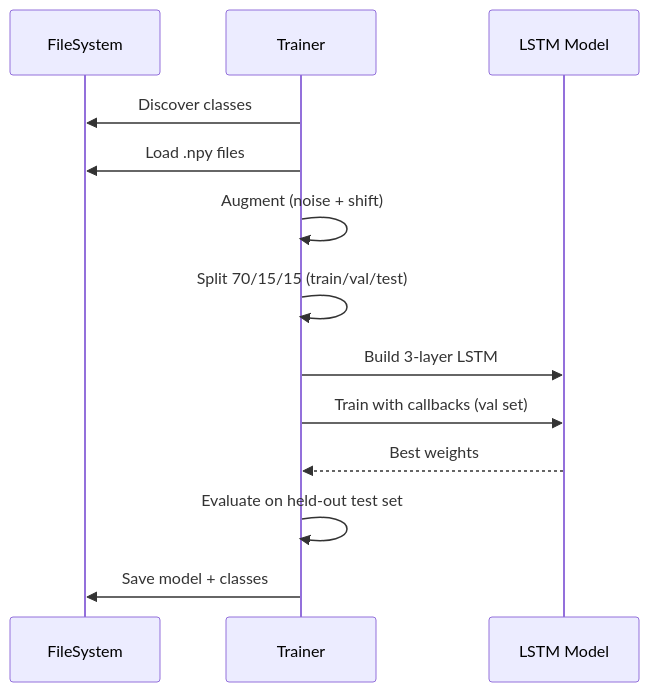
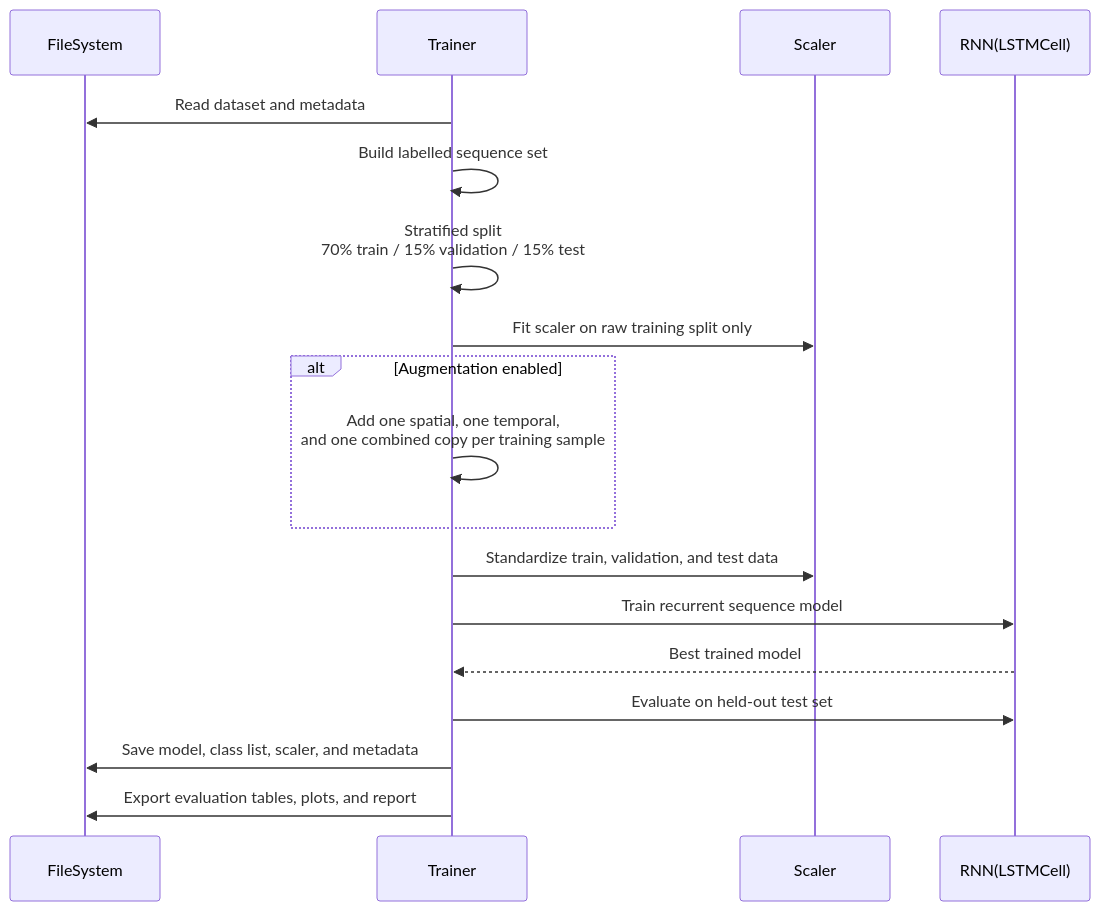
Before and after one commit to IuraHD/rsllearn: the sixth of 9 diagrams in RSLdataset/docs/DIAGRAMS.md, drawn with Mermaid. The commit also changed other lines of this file and 23 other files, not shown here.

Commit message:
Enhance RSL training workflow and seed data

````diff
--- a/RSLdataset/docs/DIAGRAMS.md
+++ b/RSLdataset/docs/DIAGRAMS.md
@@ -179,15 +234,21 @@
 ```mermaid
 sequenceDiagram
     participant FS as FileSystem
     participant Trainer
-    participant LSTM as LSTM Model
-    Trainer->>FS: Discover classes
-    Trainer->>FS: Load .npy files
-    Trainer->>Trainer: Augment (noise + shift)
-    Trainer->>Trainer: Split 70/15/15 (train/val/test)
-    Trainer->>LSTM: Build 3-layer LSTM
-    Trainer->>LSTM: Train with callbacks (val set)
-    LSTM-->>Trainer: Best weights
-    Trainer->>Trainer: Evaluate on held-out test set
-    Trainer->>FS: Save model + classes
+    participant Scaler
+    participant Model as RNN(LSTMCell)
+
+    Trainer->>FS: Read dataset and metadata
+    Trainer->>Trainer: Build labelled sequence set
+    Trainer->>Trainer: Stratified split<br/>70% train / 15% validation / 15% test
+    Trainer->>Scaler: Fit scaler on raw training split only
+    alt Augmentation enabled
+        Trainer->>Trainer: Add one spatial, one temporal,<br/>and one combined copy per training sample
+    end
+    Trainer->>Scaler: Standardize train, validation, and test data
+    Trainer->>Model: Train recurrent sequence model
+    Model-->>Trainer: Best trained model
+    Trainer->>Model: Evaluate on held-out test set
+    Trainer->>FS: Save model, class list, scaler, and metadata
+    Trainer->>FS: Export evaluation tables, plots, and report
 ```
````
